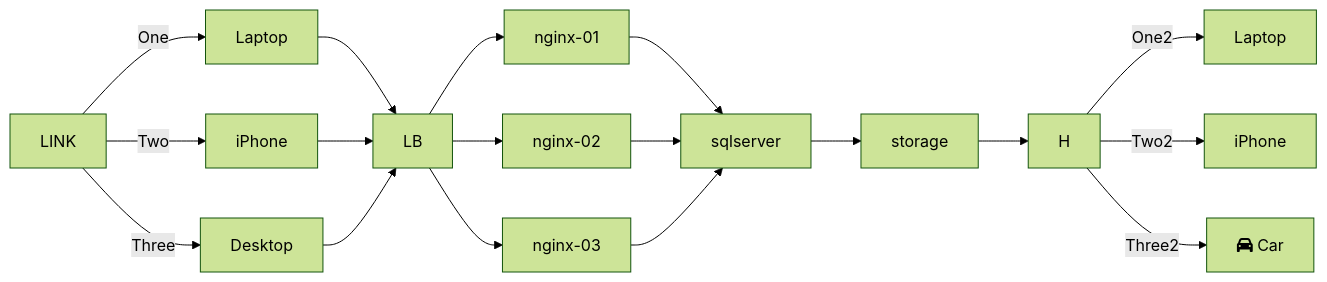
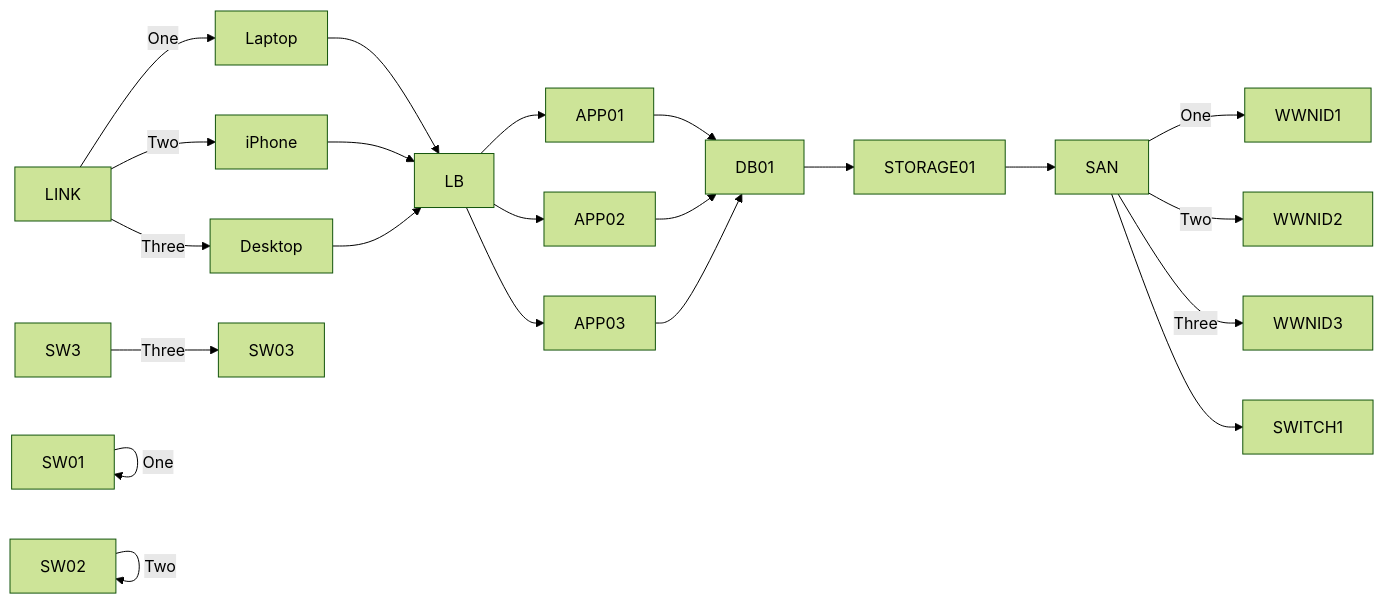
One commit to alexbmw00/teste changed the diagram in README.md. Above: the diagram before and after it, drawn with Mermaid (forest theme).

````diff
--- a/README.md
+++ b/README.md
@@ -4,22 +4,28 @@
 ```mermaid
 
 graph LR;
   LINK -->|One| C1[Laptop]
   LINK -->|Two| C2[iPhone]
   LINK -->|Three| C3[Desktop]
   C1 -->LB;
   C2 -->LB;
   C3 -->LB;  
 
-LB-->nginx-01; 
-LB-->nginx-02;
-LB-->nginx-03;
-nginx-01-->sqlserver;
-nginx-02-->sqlserver;
-nginx-03-->sqlserver;
-sqlserver-->storage;
-storage-->H
-  H -->|One2| J[Laptop]
-  H -->|Two2| L[iPhone]
-  H -->|Three2| M[fa:fa-car Car]
-```
+  LB-->APP01; 
+  LB-->APP02; 
+  LB-->APP03; 
+  APP01-->DB01;
+  APP02-->DB01;
+  APP03-->DB01;
+  DB01-->STORAGE01;
+  
+  STORAGE01-->SAN
+  SAN -->|One| SAN1[WWNID1]
+  SAN -->|Two| SAN2[WWNID2]
+  SAN -->|Three| SAN3[WWNID3]
+  
+  SAN -->SWITCH1;
+  SW1 -->|One| SW1[SW01];
+  SW2 -->|Two| SW2[SW02];
+  SW3 -->|Three| SW[SW03];
+  ```
````
